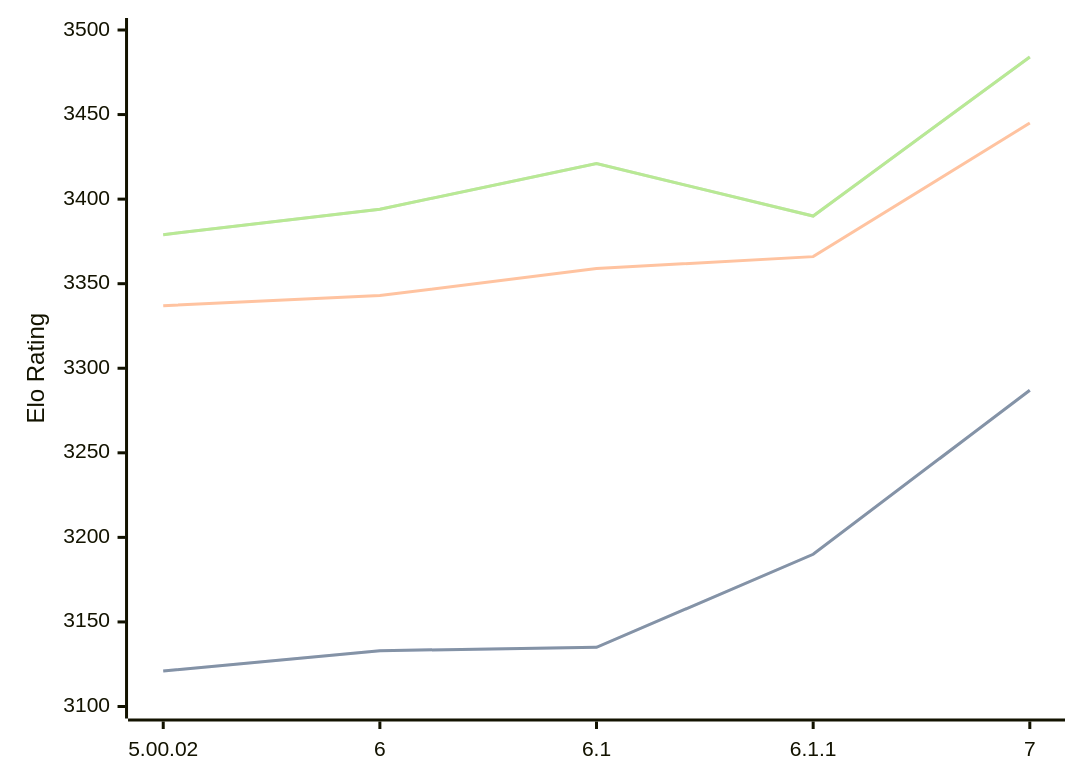
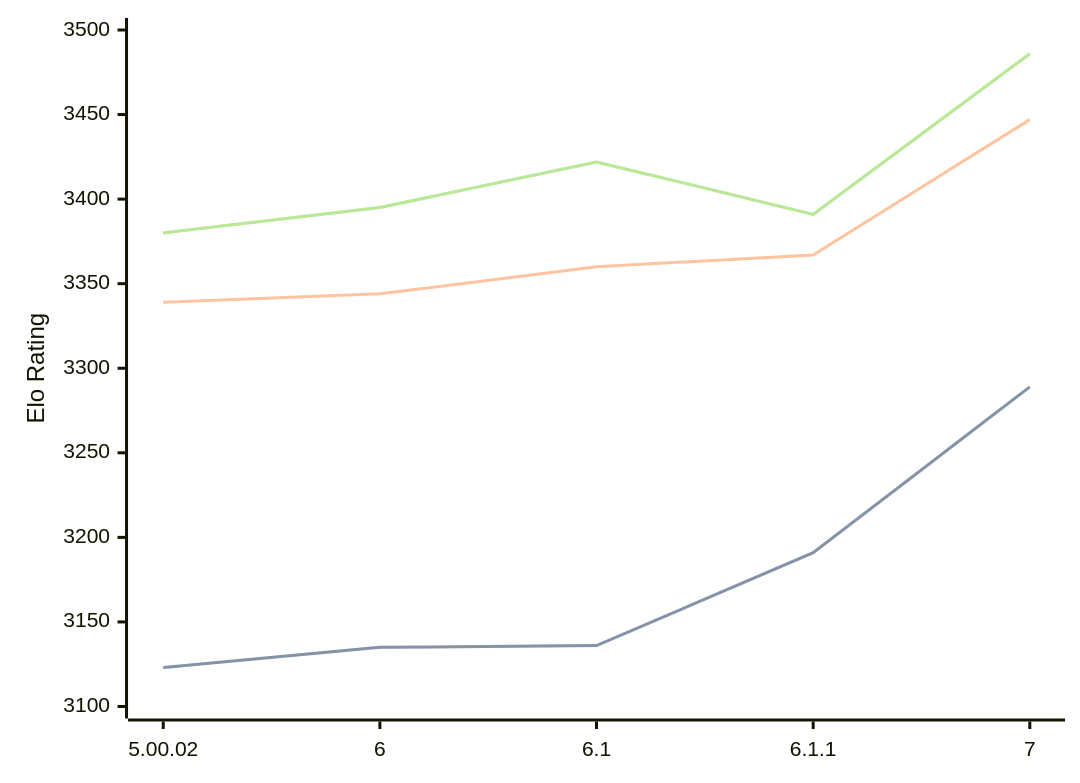
The diagram in engines/Zangdar.md (computer-chess-index/cci), drawn with Mermaid before and after one commit. The commit also changed other lines of this file, not shown here.

Commit message:
Update CCI Ratings (ELO VLTC) - 2026-08-15

````diff
--- a/engines/Zangdar.md
+++ b/engines/Zangdar.md
@@ -35,11 +35,11 @@
 ```mermaid
 %%{init: {"theme":"base","themeVariables":{"seriesColors:['#a3a3a3','#222221','#faa371']}}}%%
 xychart-beta
   x-axis ["5.00.02", "6", "6.1", "6.1.1", "7"]
   y-axis "Elo Rating" 3100 --> 3500
-  line "STC (8.0+0.08s)" [3121, 3133, 3135, 3190, 3287]
-  line "STC (8.0+0.08s)" [3121, 3133, 3135, 3190, 3287]
-  line "LTC (60.0+0.60s)" [3337, 3343, 3359, 3366, 3445]
-  line "VLTC (2m24s+1.12s)" [3379, 3394, 3421, 3390, 3484]
-  line "VLTC (2m24s+1.12s)" [3379, 3394, 3421, 3390, 3484]
+  line "STC (8.0+0.08s)" [3123, 3135, 3136, 3191, 3289]
+  line "STC (8.0+0.08s)" [3123, 3135, 3136, 3191, 3289]
+  line "LTC (60.0+0.60s)" [3339, 3344, 3360, 3367, 3447]
+  line "VLTC (2m24s+1.12s)" [3380, 3395, 3422, 3391, 3486]
+  line "VLTC (2m24s+1.12s)" [3380, 3395, 3422, 3391, 3486]
 ```
````
